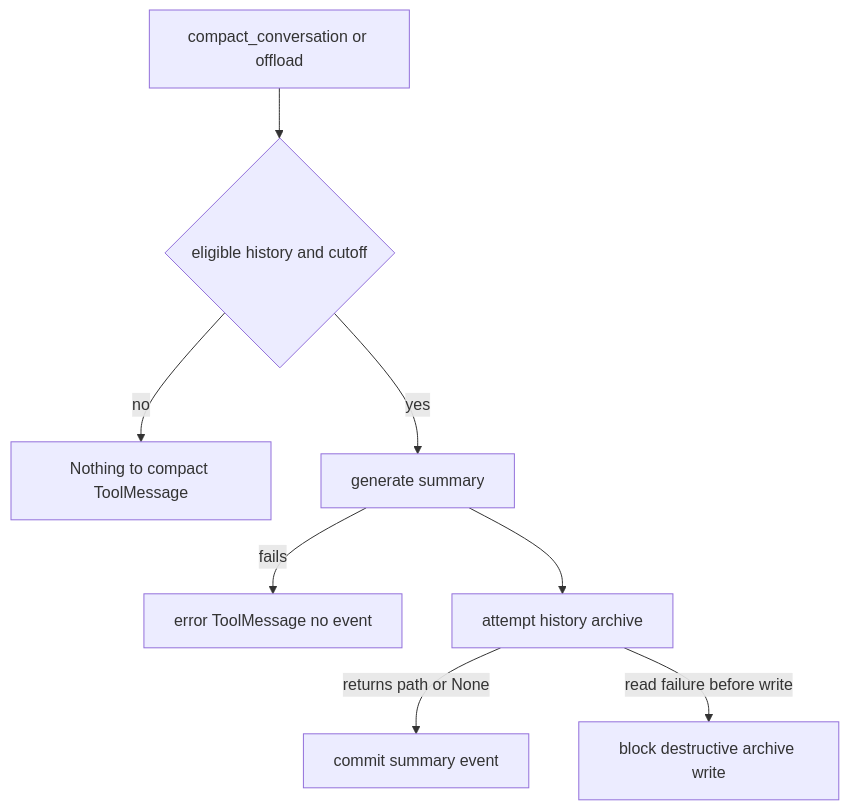
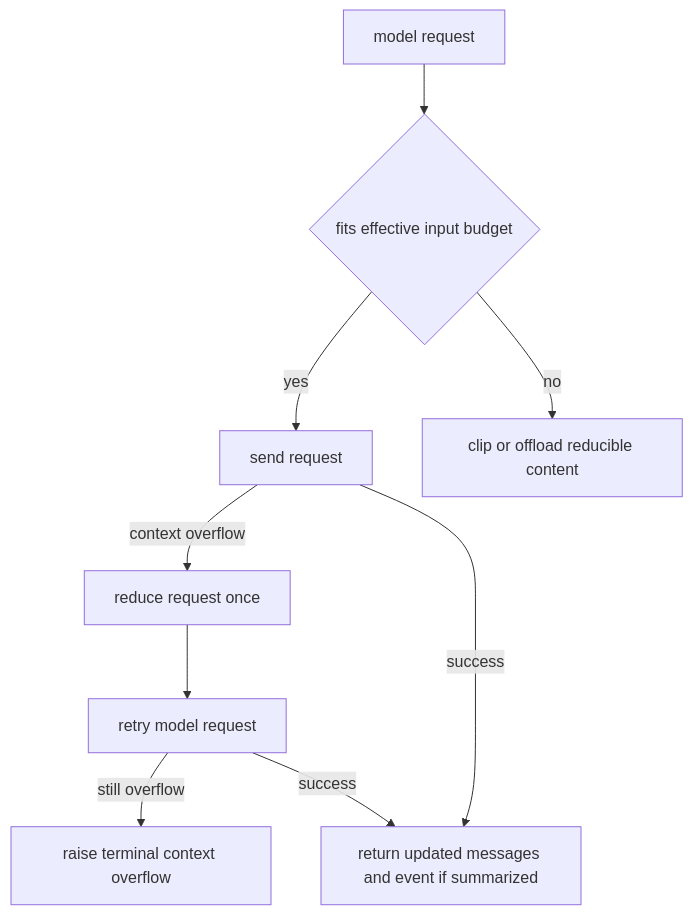
Before and after one commit to langchain-ai/deepagents: the diagram in openwiki/testing/testing-guide.md, drawn with Mermaid. The commit also changed other lines of this file and 44 other files, not shown here.

````diff
--- a/openwiki/testing/testing-guide.md
+++ b/openwiki/testing/testing-guide.md
@@ -60,10 +76,11 @@
 ```mermaid
 flowchart TD
-    Request["compact_conversation or offload"] --> Gate{"eligible history and cutoff"}
-    Gate -->|"no"| Noop["Nothing to compact ToolMessage"]
-    Gate -->|"yes"| Summary["generate summary"]
-    Summary -->|"fails"| Error["error ToolMessage no event"]
-    Summary --> Archive["attempt history archive"]
-    Archive -->|"returns path or None"| Event["commit summary event"]
-    Archive -->|"read failure before write"| Protected["block destructive archive write"]
+    Request["model request"] --> Budget{"fits effective input budget"}
+    Budget -->|"yes"| Send["send request"]
+    Budget -->|"no"| Clip["clip or offload reducible content"]
+    Send -->|"context overflow"| Recover["reduce request once"]
+    Recover --> Retry["retry model request"]
+    Retry -->|"still overflow"| Terminal["raise terminal context overflow"]
+    Retry -->|"success"| Persist["return updated messages and event if summarized"]
+    Send -->|"success"| Persist
 ```
````
